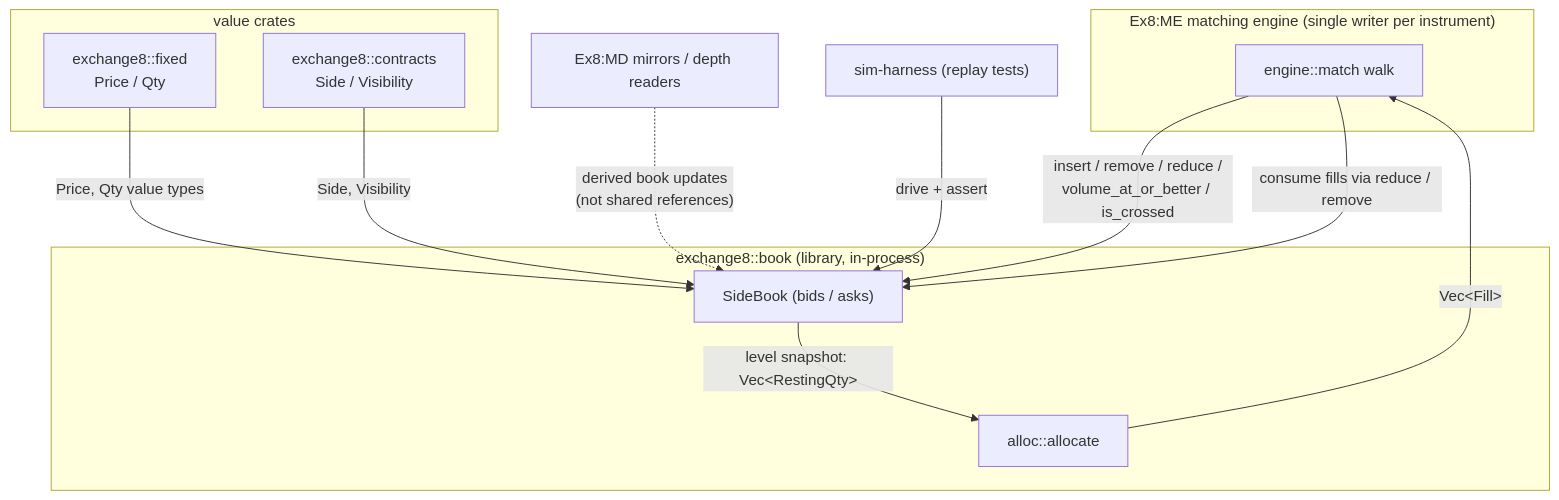
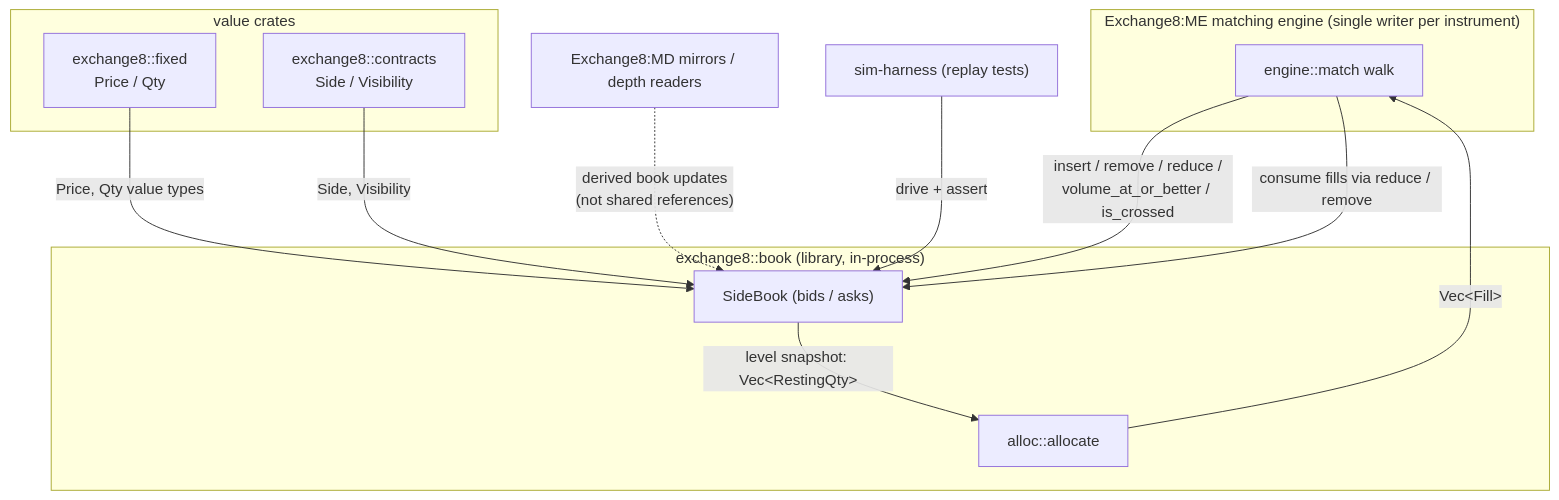
The first of 7 diagrams in crates/book/DESIGN.md (Exchange8-dev/exchange8-sdk), drawn with Mermaid before and after one commit. The commit also changed other lines of this file and 29 other files, not shown here.

````diff
--- a/crates/book/DESIGN.md
+++ b/crates/book/DESIGN.md
@@ -32,25 +32,25 @@
 ```mermaid
 graph TD
-    subgraph ME["Ex8:ME matching engine (single writer per instrument)"]
+    subgraph ME["Exchange8:ME matching engine (single writer per instrument)"]
         ENG["engine::match walk"]
     end
     subgraph BOOK["exchange8::book (library, in-process)"]
         SB["SideBook (bids / asks)"]
         AL["alloc::allocate"]
     end
     subgraph VAL["value crates"]
         FIXED["exchange8::fixed<br/>Price / Qty"]
         CONTRACTS["exchange8::contracts<br/>Side / Visibility"]
     end
-    MD["Ex8:MD mirrors / depth readers"]
+    MD["Exchange8:MD mirrors / depth readers"]
     SIM["sim-harness (replay tests)"]
 
     FIXED -->|"Price, Qty value types"| SB
     CONTRACTS -->|"Side, Visibility"| SB
     ENG -->|"insert / remove / reduce /<br/>volume_at_or_better / is_crossed"| SB
     SB -->|"level snapshot: Vec&lt;RestingQty&gt;"| AL
     AL -->|"Vec&lt;Fill&gt;"| ENG
     ENG -->|"consume fills via reduce / remove"| SB
     MD -.->|"derived book updates<br/>(not shared references)"| SB
     SIM -->|"drive + assert"| SB
 ```
````
